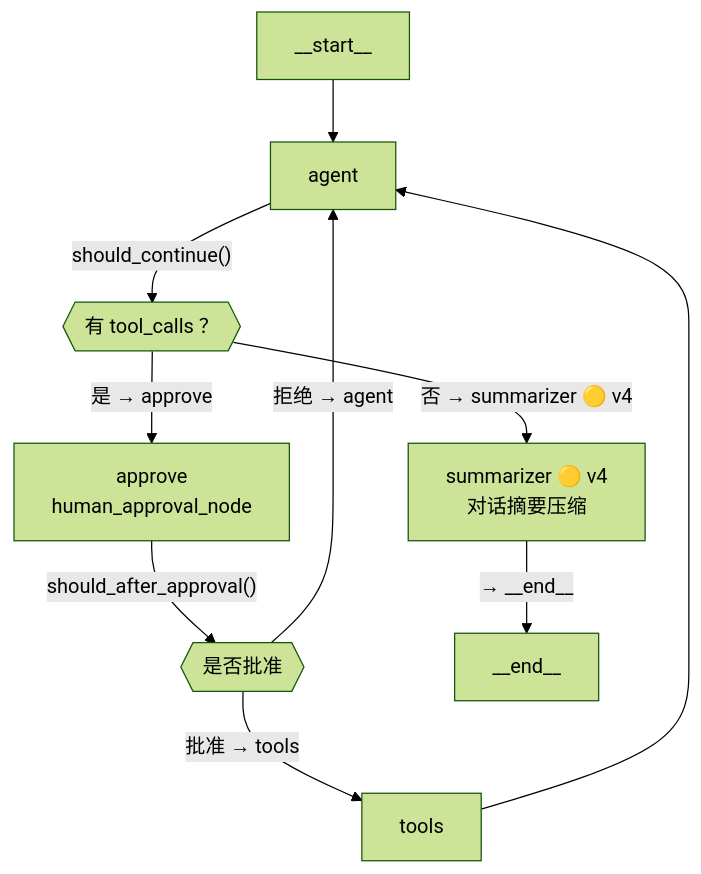
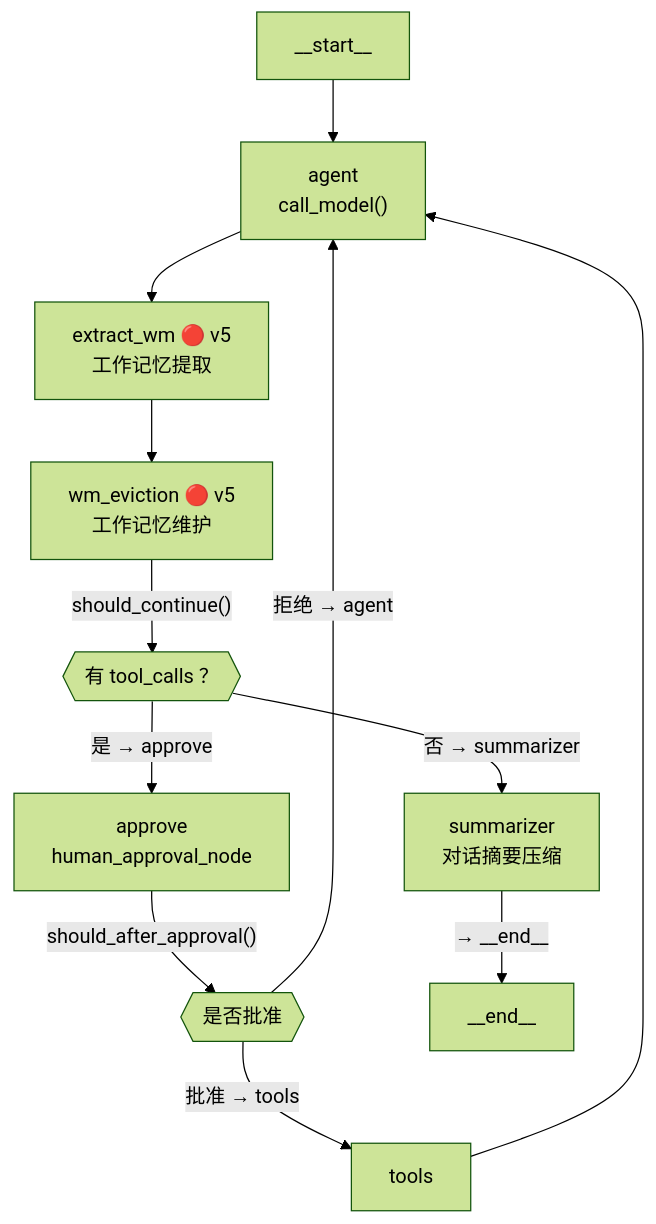
The first of 8 diagrams in docs/agent-architecture-diagrams.md (wuLa0702/llm_wiki_selfbuild), drawn with Mermaid (forest theme) before and after one commit. The commit also changed other lines of this file, not shown here.

First line of the commit message:
docs(agent): 架构图更新至 v5 — 四层模块 + WM + Sink + 索引表

````diff
--- a/docs/agent-architecture-diagrams.md
+++ b/docs/agent-architecture-diagrams.md
@@ -31,12 +31,14 @@
 ```mermaid
 flowchart TD
-    START["__start__"] --> AGENT["agent"]
-    AGENT -->|"should_continue()"| COND{{"有 tool_calls ？"}}
+    START["__start__"] --> AGENT["agent<br/>call_model()"]
+    AGENT --> EXTRACT_WM["extract_wm 🔴 v5<br/>工作记忆提取"]
+    EXTRACT_WM --> WM_EVICT["wm_eviction 🔴 v5<br/>工作记忆维护"]
+    WM_EVICT -->|"should_continue()"| COND{{"有 tool_calls ？"}}
     COND -->|"是 → approve"| APPROVE["approve<br/>human_approval_node"]
-    COND -->|"否 → summarizer 🟡 v4"| SUMM["summarizer 🟡 v4<br/>对话摘要压缩"]
+    COND -->|"否 → summarizer"| SUMM["summarizer<br/>对话摘要压缩"]
     APPROVE -->|"should_after_approval()"| COND2{{"是否批准"}}
     COND2 -->|"批准 → tools"| TOOLS["tools"]
     COND2 -->|"拒绝 → agent"| AGENT
     TOOLS --> AGENT
     SUMM -->|"→ __end__"| END["__end__"]
 ```
````
